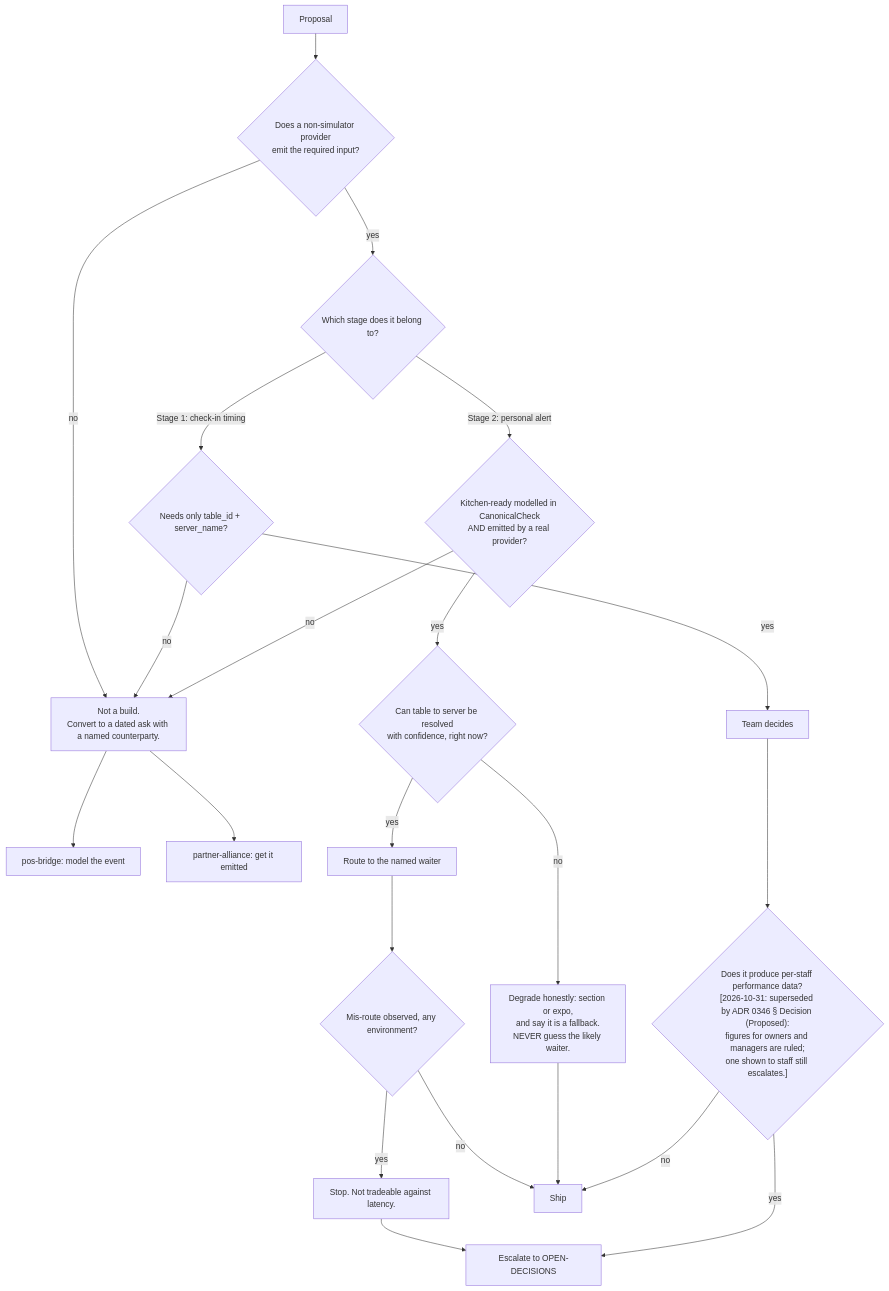
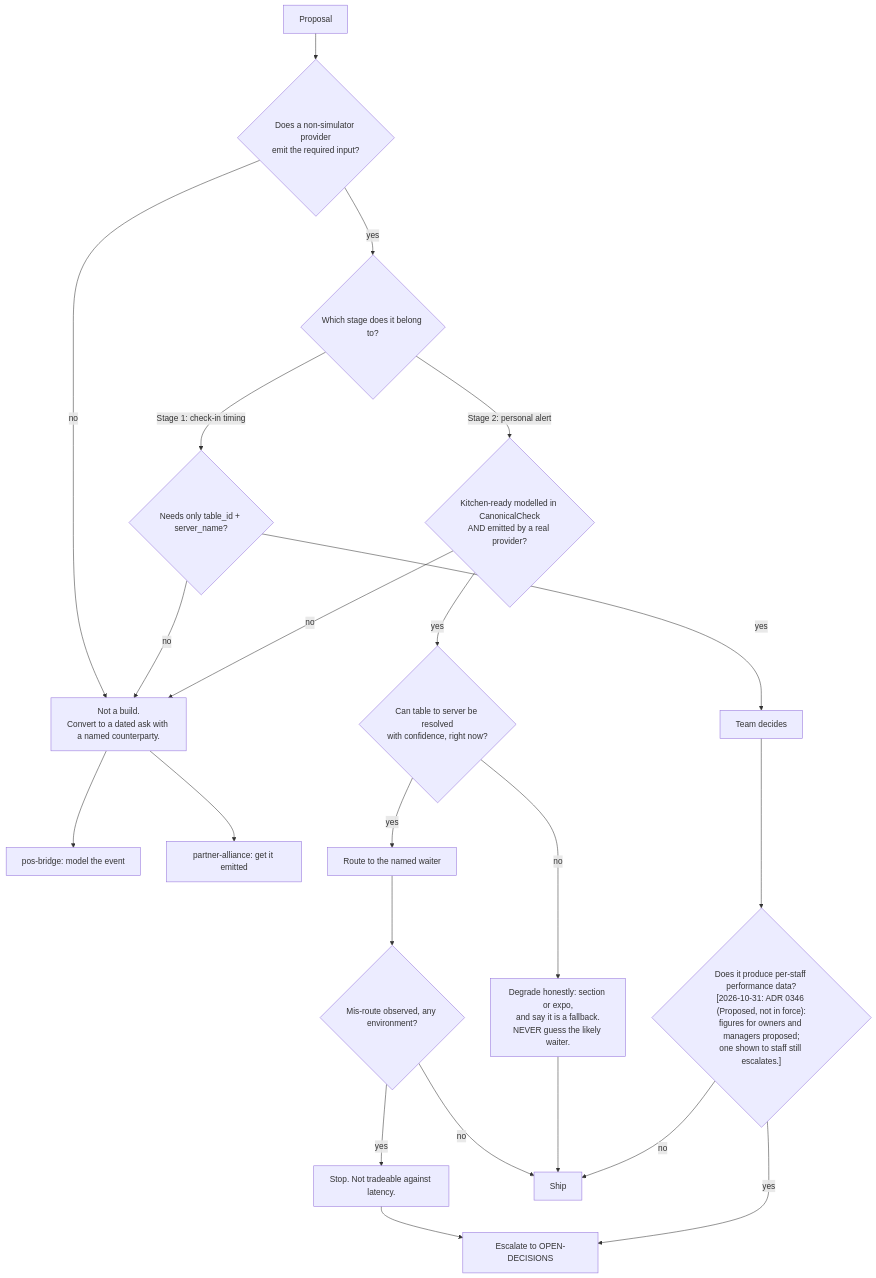
Before and after one commit to aldemirkonuk/RestaurantAIAutomation: the diagram in .planning/01-org/product/product-vision/teams/service-floor/service-floor-directive.md, drawn with Mermaid. The commit also changed other lines of this file and 2 other files, not shown here.

First line of the commit message:
docs: mark ADR 0345/0346's charter changes not in force until they lock

````diff
--- a/.planning/01-org/product/product-vision/teams/service-floor/service-floor-directive.md
+++ b/.planning/01-org/product/product-vision/teams/service-floor/service-floor-directive.md
@@ -20,29 +20,29 @@
 ```mermaid
 graph TD
   A[Proposal] --> B{Does a non-simulator provider<br/>emit the required input?}
   B -->|no| C[Not a build.<br/>Convert to a dated ask with a named counterparty.]
   C --> C1[pos-bridge: model the event]
   C --> C2[partner-alliance: get it emitted]
   B -->|yes| D{Which stage does it belong to?}
 
   D -->|Stage 1: check-in timing| E{Needs only table_id + server_name?}
   E -->|yes| F[Team decides]
   E -->|no| C
 
   D -->|Stage 2: personal alert| G{Kitchen-ready modelled in CanonicalCheck<br/>AND emitted by a real provider?}
   G -->|no| C
   G -->|yes| H{Can table to server be resolved<br/>with confidence, right now?}
 
   H -->|yes| I[Route to the named waiter]
   H -->|no| J[Degrade honestly: section or expo,<br/>and say it is a fallback.<br/>NEVER guess the likely waiter.]
 
   I --> K{Mis-route observed, any environment?}
   K -->|yes| L[Stop. Not tradeable against latency.]
   K -->|no| M[Ship]
   J --> M
 
   L --> N[Escalate to OPEN-DECISIONS]
-  F --> O{"Does it produce per-staff performance data?<br/>[2026-10-31: superseded by ADR 0346 § Decision (Proposed):<br/>figures for owners and managers are ruled;<br/>one shown to staff still escalates.]"}
+  F --> O{"Does it produce per-staff performance data?<br/>[2026-10-31: ADR 0346 (Proposed, not in force):<br/>figures for owners and managers proposed;<br/>one shown to staff still escalates.]"}
   O -->|yes| N
   O -->|no| M
 ```
````
